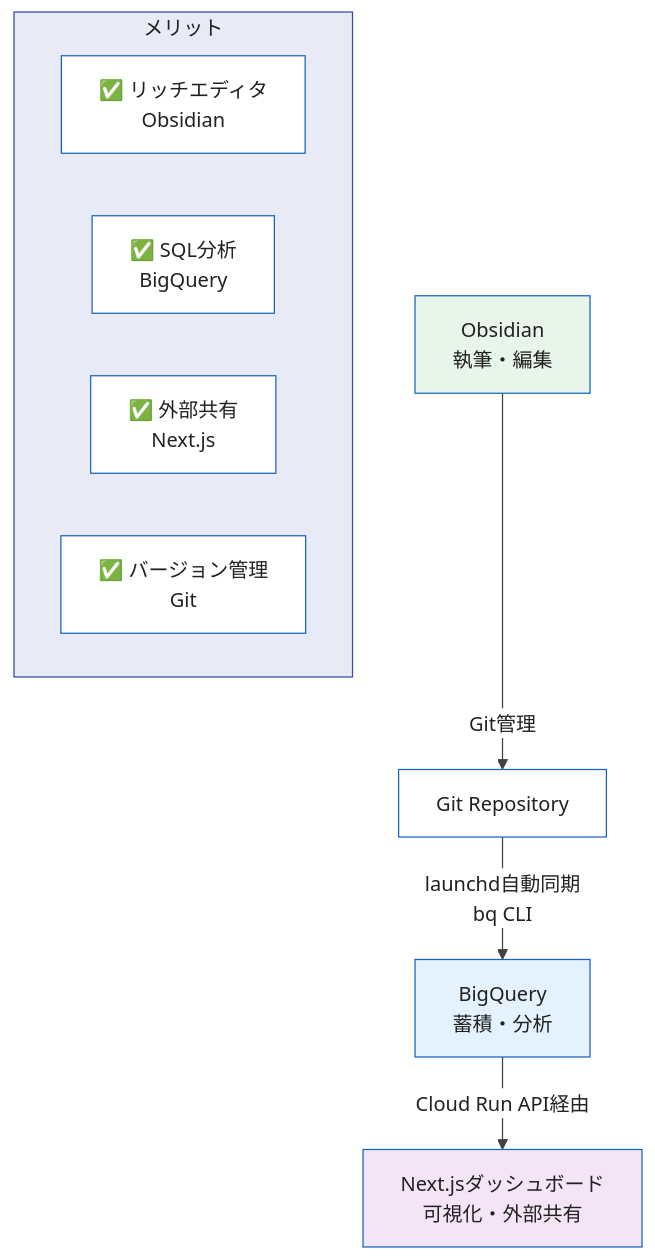
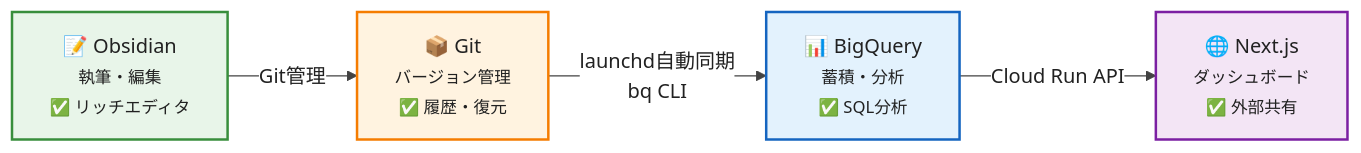
Before and after one commit to correlate000/public-zenn-docs: the second of 2 diagrams in articles/notion-vs-bigquery-knowledge-management.md, drawn with Mermaid. The commit also changed 2 other files, not shown here.

Commit message:
refactor: Mermaid図を視認性向上に改善
【python-module-splitting.md】
- pie chart → xychart-beta 棒グラフに変更
- 背景色問題を根本解決（pie chartでは背景色が反映されない）

【api-rate-limit-retry-pattern.md】
- 4ステップフローチャートを TD → LR に変更
- 各ステップに絵文字と説明を追加
- 色分けで視覚的に区別しやすく
- WCAG AA準拠の背景色・枠線を設定

【notion-vs-bigquery-knowledge-management.md】
- 推奨構成フローを TD → LR に変更
- subgraph削除、各ノードにメリットを直接記載
- 絵文字で視覚的に区別
- WCAG AA準拠の背景色・枠線を設定

````diff
--- a/articles/notion-vs-bigquery-knowledge-management.md
+++ b/articles/notion-vs-bigquery-knowledge-management.md
@@ -274,18 +274,17 @@
 ```mermaid
-%%{init: {'theme':'base', 'themeVariables': {'background':'#ffffff','mainBkg':'#ffffff','primaryColor':'#e3f2fd','primaryTextColor':'#212121','primaryBorderColor':'#1565c0','secondaryColor':'#fff3e0','secondaryTextColor':'#212121','secondaryBorderColor':'#f57c00','tertiaryColor':'#f5f5f5','tertiaryTextColor':'#212121','tertiaryBorderColor':'#616161','lineColor':'#424242','textColor':'#212121','nodeBorder':'#1565c0','clusterBkg':'#e8eaf6','clusterBorder':'#3949ab','titleColor':'#212121','edgeLabelBackground':'#ffffff','nodeTextColor':'#212121'}}}%%
-flowchart TD
-    A["Obsidian<br>執筆・編集"] -->|Git管理| B["Git Repository"]
-    B -->|"launchd自動同期<br>bq CLI"| C["BigQuery<br>蓄積・分析"]
-    C -->|"Cloud Run API経由"| D["Next.jsダッシュボード<br>可視化・外部共有"]
+%%{init: {'theme':'base', 'themeVariables': {'background':'#ffffff','mainBkg':'#ffffff','primaryColor':'#e3f2fd','primaryTextColor':'#212121','primaryBorderColor':'#1565c0','secondaryColor':'#fff3e0','secondaryTextColor':'#212121','secondaryBorderColor':'#f57c00','lineColor':'#424242','textColor':'#212121','nodeBorder':'#1565c0','edgeLabelBackground':'#ffffff','nodeTextColor':'#212121'}}}%%
+flowchart LR
+    A["📝 Obsidian<br/><small>執筆・編集</small><br/><small>✅ リッチエディタ</small>"]
+    B["📦 Git<br/><small>バージョン管理</small><br/><small>✅ 履歴・復元</small>"]
+    C["📊 BigQuery<br/><small>蓄積・分析</small><br/><small>✅ SQL分析</small>"]
+    D["🌐 Next.js<br/><small>ダッシュボード</small><br/><small>✅ 外部共有</small>"]
 
-    subgraph "メリット"
-        E1["✅ リッチエディタ<br>Obsidian"]
-        E2["✅ SQL分析<br>BigQuery"]
-        E3["✅ 外部共有<br>Next.js"]
-        E4["✅ バージョン管理<br>Git"]
-    end
+    A -->|"Git管理"| B
+    B -->|"launchd自動同期<br/>bq CLI"| C
+    C -->|"Cloud Run API"| D
 
-    style A fill:#E8F5E9
-    style C fill:#E3F2FD
-    style D fill:#F3E5F5
+    style A fill:#E8F5E9,stroke:#388E3C,stroke-width:2px
+    style B fill:#FFF3E0,stroke:#F57C00,stroke-width:2px
+    style C fill:#E3F2FD,stroke:#1565C0,stroke-width:2px
+    style D fill:#F3E5F5,stroke:#7B1FA2,stroke-width:2px
 ```
````
